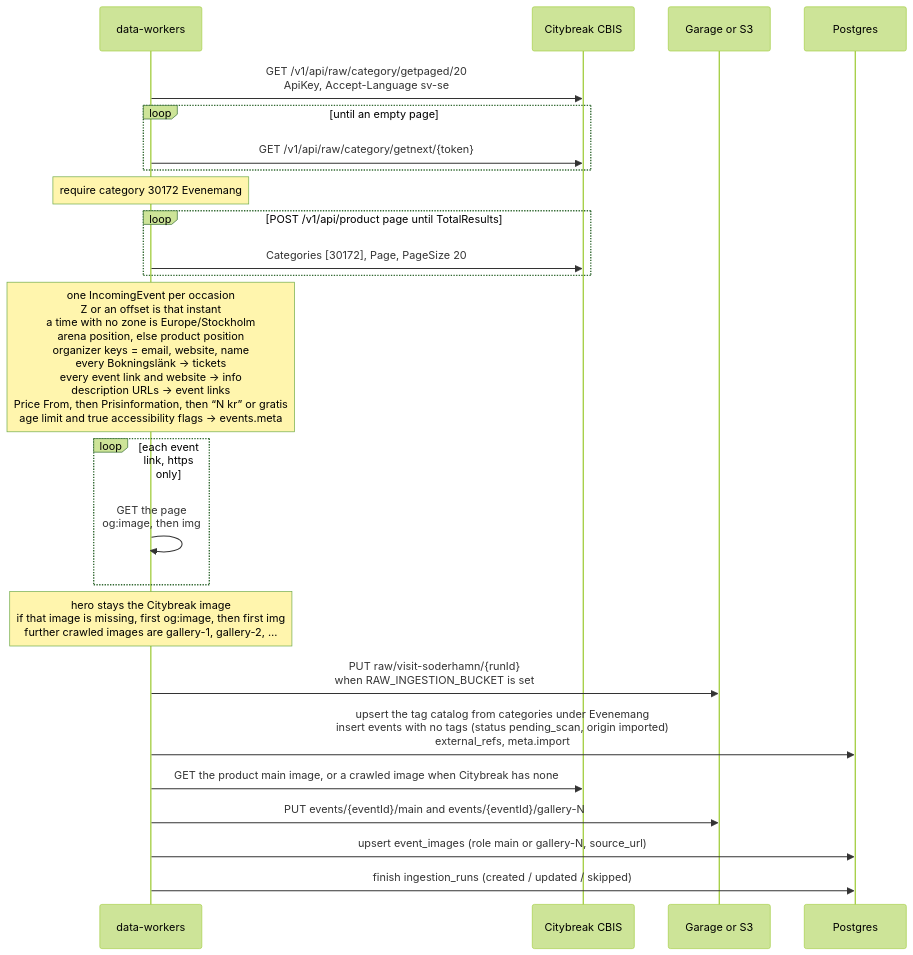
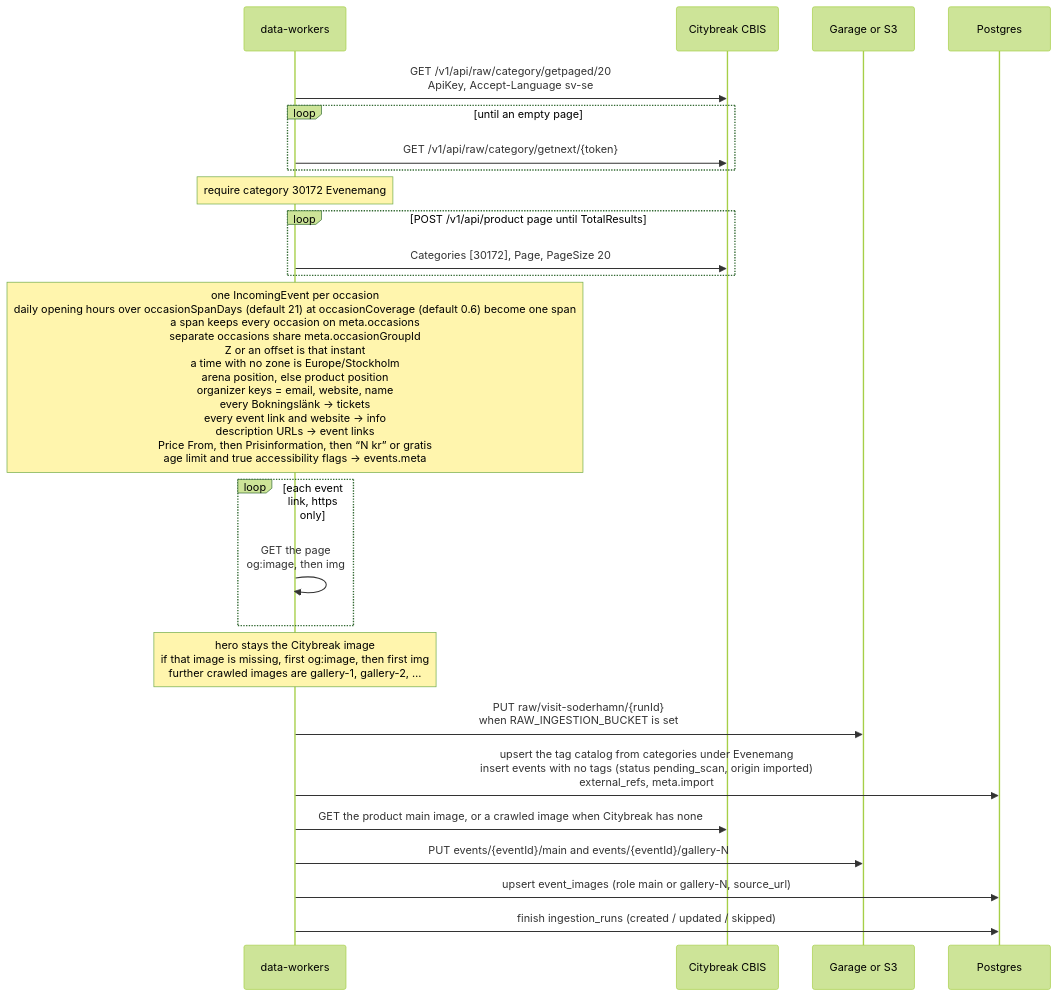
Before and after one commit to BradleySmallbottoms/evently: the diagram in docs/flows/visit-soderhamn.md, drawn with Mermaid (forest theme). The commit also changed 19 other files, not shown here.

````diff
--- a/docs/flows/visit-soderhamn.md
+++ b/docs/flows/visit-soderhamn.md
@@ -21,27 +21,27 @@
 ```mermaid
 sequenceDiagram
   participant Runner as data-workers
   participant CBIS as Citybreak CBIS
   participant Store as Garage or S3
   participant DB as Postgres
 
   Runner->>CBIS: GET /v1/api/raw/category/getpaged/20<br/>ApiKey, Accept-Language sv-se
   loop until an empty page
     Runner->>CBIS: GET /v1/api/raw/category/getnext/{token}
   end
   Note over Runner: require category 30172 Evenemang
   loop POST /v1/api/product page until TotalResults
     Runner->>CBIS: Categories [30172], Page, PageSize 20
   end
-  Note over Runner: one IncomingEvent per occasion<br/>Z or an offset is that instant<br/>a time with no zone is Europe/Stockholm<br/>arena position, else product position<br/>organizer keys = email, website, name<br/>every Bokningslänk → tickets<br/>every event link and website → info<br/>description URLs → event links<br/>Price From, then Prisinformation, then “N kr” or gratis<br/>age limit and true accessibility flags → events.meta
+  Note over Runner: one IncomingEvent per occasion<br/>daily opening hours over occasionSpanDays (default 21) at occasionCoverage (default 0.6) become one span<br/>a span keeps every occasion on meta.occasions<br/>separate occasions share meta.occasionGroupId<br/>Z or an offset is that instant<br/>a time with no zone is Europe/Stockholm<br/>arena position, else product position<br/>organizer keys = email, website, name<br/>every Bokningslänk → tickets<br/>every event link and website → info<br/>description URLs → event links<br/>Price From, then Prisinformation, then “N kr” or gratis<br/>age limit and true accessibility flags → events.meta
   loop each event link, https only
     Runner->>Runner: GET the page<br/>og:image, then img
   end
   Note over Runner: hero stays the Citybreak image<br/>if that image is missing, first og:image, then first img<br/>further crawled images are gallery-1, gallery-2, …
   Runner->>Store: PUT raw/visit-soderhamn/{runId}<br/>when RAW_INGESTION_BUCKET is set
   Runner->>DB: upsert the tag catalog from categories under Evenemang<br/>insert events with no tags (status pending_scan, origin imported)<br/>external_refs, meta.import
   Runner->>CBIS: GET the product main image, or a crawled image when Citybreak has none
   Runner->>Store: PUT events/{eventId}/main and events/{eventId}/gallery-N
   Runner->>DB: upsert event_images (role main or gallery-N, source_url)
   Runner->>DB: finish ingestion_runs (created / updated / skipped)
 ```
````
